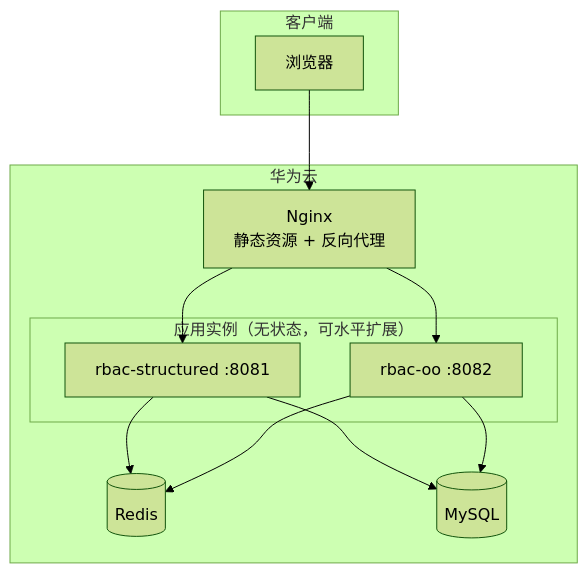
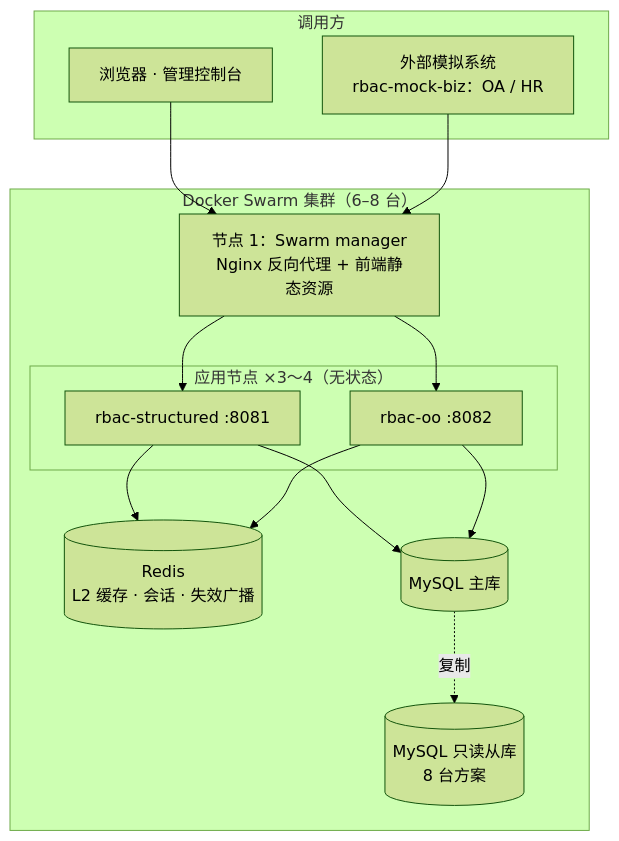
The seventh of 7 diagrams in docs/02-architecture.md (vintcessun/OOAD), drawn with Mermaid (forest theme) before and after one commit. The commit also changed other lines of this file and 13 other files, not shown here.

````diff
--- a/docs/02-architecture.md
+++ b/docs/02-architecture.md
@@ -468,22 +569,26 @@
 ```mermaid
 flowchart TB
-    subgraph CLIENT["客户端"]
-        B[浏览器]
+    subgraph CLIENT["调用方"]
+        B[浏览器 · 管理控制台]
+        MOCK[外部模拟系统<br/>rbac-mock-biz：OA / HR]
     end
-    subgraph CLOUD["华为云"]
-        N[Nginx<br/>静态资源 + 反向代理]
-        subgraph APP["应用实例（无状态，可水平扩展）"]
+    subgraph SWARM["Docker Swarm 集群（6–8 台）"]
+        N[节点 1：Swarm manager<br/>Nginx 反向代理 + 前端静态资源]
+        subgraph APP["应用节点 ×3～4（无状态）"]
             A1[rbac-structured :8081]
             A2[rbac-oo :8082]
         end
-        R[(Redis)]
-        M[(MySQL)]
+        R[(Redis<br/>L2 缓存 · 会话 · 失效广播)]
+        M[(MySQL 主库)]
+        MR[(MySQL 只读从库<br/>8 台方案)]
     end
     B --> N
+    MOCK --> N
     N --> A1
     N --> A2
     A1 --> R
     A2 --> R
     A1 --> M
     A2 --> M
+    M -. 复制 .-> MR
 ```
````
